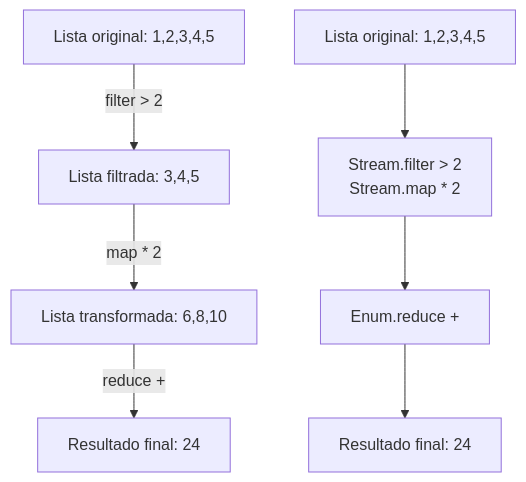
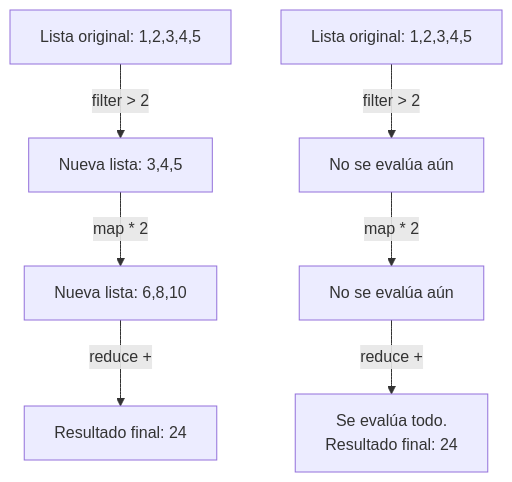
The diagram in docs/8.streams.md (caflorezvi/guias-programacion3), drawn with Mermaid before and after one commit.

Commit message:
Mejora del diagrama streams

```diff
--- a/docs/8.streams.md
+++ b/docs/8.streams.md
@@ -61,12 +61,12 @@
 <div class="mermaid" style="text-align: center;">
 flowchart TD
  %% Enum pipeline
- A1["Lista original: 1,2,3,4,5"] -->|filter > 2| C1["Lista filtrada: 3,4,5"]
- C1 -->|map * 2| E1["Lista transformada: 6,8,10"]
+ A1["Lista original: 1,2,3,4,5"] -->|filter > 2| C1["Nueva lista: 3,4,5"]
+ C1 -->|map * 2| E1["Nueva lista: 6,8,10"]
  E1 -->|reduce +| G1["Resultado final: 24"]
  
  %% Stream pipeline
- A2["Lista original: 1,2,3,4,5"] --> B2["Stream.filter > 2<br/>Stream.map * 2"]
- B2 --> D2["Enum.reduce +"]
- D2 --> E2["Resultado final: 24"]
+ A2["Lista original: 1,2,3,4,5"] -->|filter > 2| B2["No se evalúa aún"]
+ B2 -->|map * 2| C2["No se evalúa aún"]
+ C2 -->|reduce +| E2["Se evalúa todo. <br/>Resultado final: 24"]
 </div>
```
